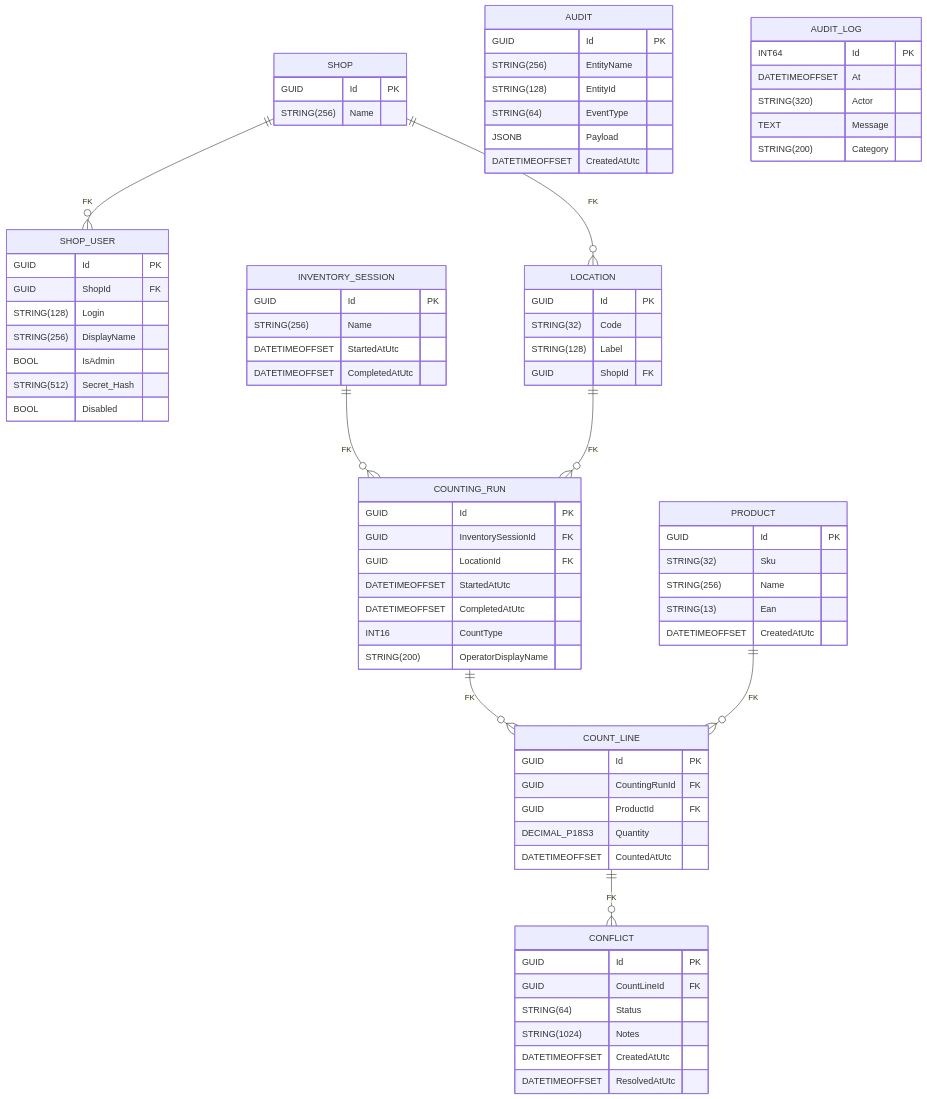
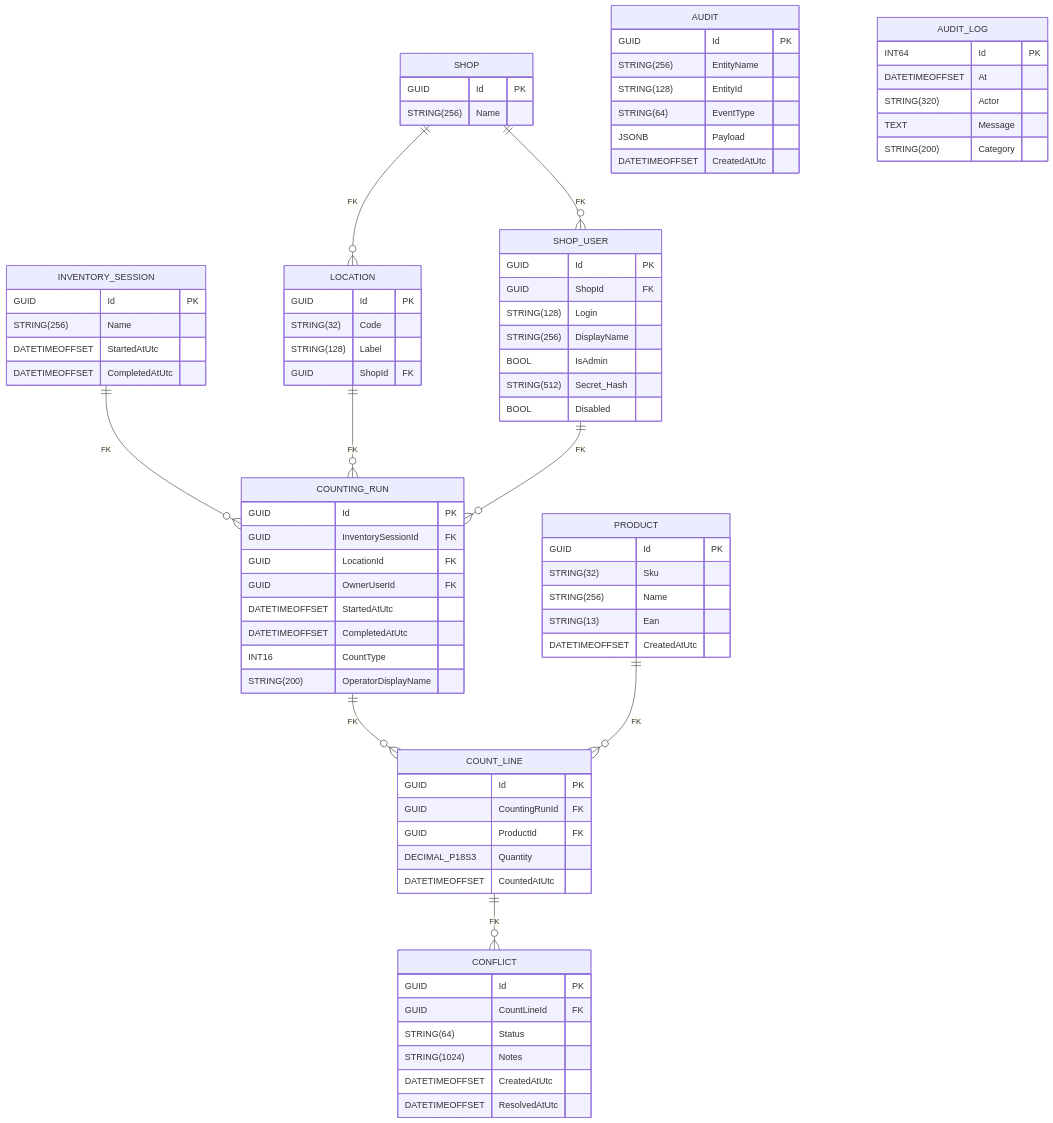
The second of 2 diagrams in docs/database/README.md (TSF-IT/CineBoutique-Inventaire), drawn with Mermaid before and after one commit. The commit also changed other lines of this file and 3 other files, not shown here.

Commit message:
feat(infra): add counting run owner user relation

```diff
--- a/docs/database/README.md
+++ b/docs/database/README.md
@@ -65,6 +66,7 @@
         GUID Id PK
         GUID InventorySessionId FK
         GUID LocationId FK
+        GUID OwnerUserId FK
         DATETIMEOFFSET StartedAtUtc
         DATETIMEOFFSET CompletedAtUtc
         INT16 CountType
@@ -104,6 +106,7 @@
     SHOP ||--o{ LOCATION : "FK"
     INVENTORY_SESSION ||--o{ COUNTING_RUN : "FK"
     LOCATION ||--o{ COUNTING_RUN : "FK"
+    SHOP_USER ||--o{ COUNTING_RUN : "FK"
     COUNTING_RUN ||--o{ COUNT_LINE : "FK"
     PRODUCT ||--o{ COUNT_LINE : "FK"
     COUNT_LINE ||--o{ CONFLICT : "FK"
```
